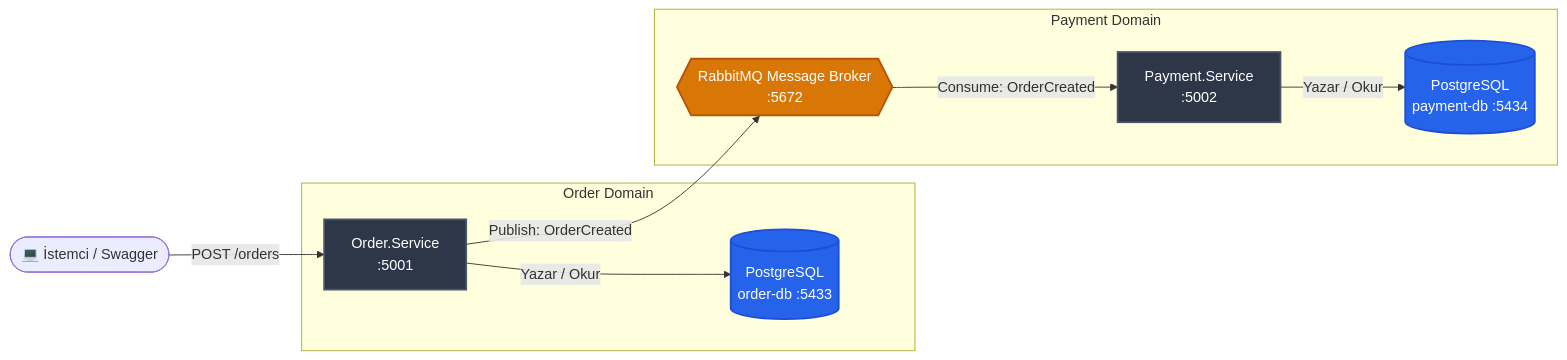
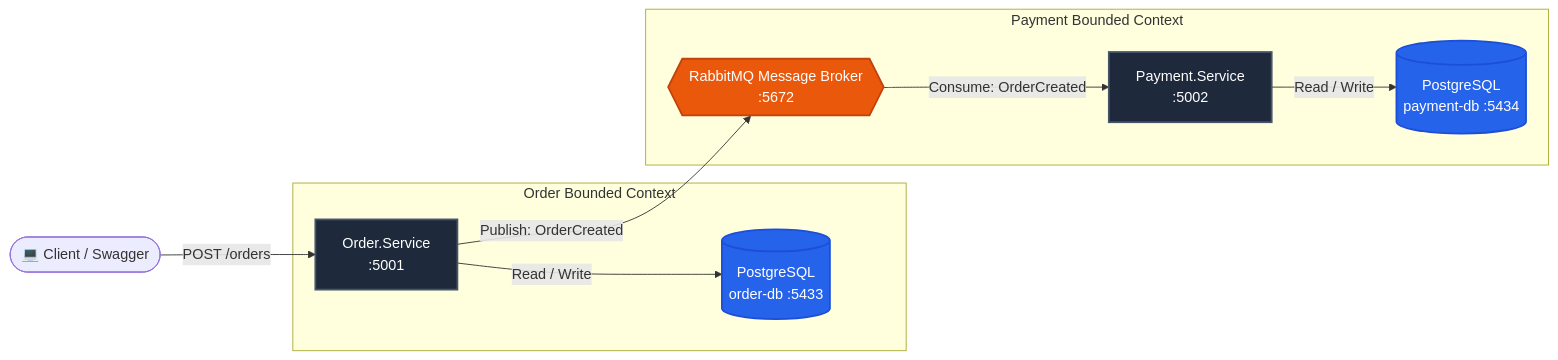
The diagram in README.md (melikee46/order-platform-microservices), drawn with Mermaid before and after one commit. The commit also changed other lines of this file, not shown here.

Commit message:
docs: update README to professional English with architecture diagrams

````diff
--- a/README.md
+++ b/README.md
@@ -21,23 +27,23 @@
 ```mermaid
 flowchart LR
-    Client([💻 İstemci / Swagger]) -->|POST /orders| OS[Order.Service<br/>:5001]
+    Client([💻 Client / Swagger]) -->|POST /orders| OS[Order.Service<br/>:5001]
     
-    subgraph Order Domain
-        OS -->|Yazar / Okur| ODB[(PostgreSQL<br/>order-db :5433)]
+    subgraph "Order Bounded Context"
+        OS -->|Read / Write| ODB[(PostgreSQL<br/>order-db :5433)]
     end
 
     OS -->|Publish: OrderCreated| RMQ{{RabbitMQ Message Broker<br/>:5672}}
 
-    subgraph Payment Domain
+    subgraph "Payment Bounded Context"
         RMQ -->|Consume: OrderCreated| PS[Payment.Service<br/>:5002]
-        PS -->|Yazar / Okur| PDB[(PostgreSQL<br/>payment-db :5434)]
+        PS -->|Read / Write| PDB[(PostgreSQL<br/>payment-db :5434)]
     end
 
-    classDef service fill:#2d3748,stroke:#4a5568,stroke-width:2px,color:#fff;
-    classDef broker fill:#d97706,stroke:#b45309,stroke-width:2px,color:#fff;
+    classDef service fill:#1e293b,stroke:#475569,stroke-width:2px,color:#fff;
+    classDef broker fill:#ea580c,stroke:#c2410c,stroke-width:2px,color:#fff;
     classDef db fill:#2563eb,stroke:#1d4ed8,stroke-width:2px,color:#fff;
 
     class OS,PS service;
     class RMQ broker;
     class ODB,PDB db;
 ```
````
